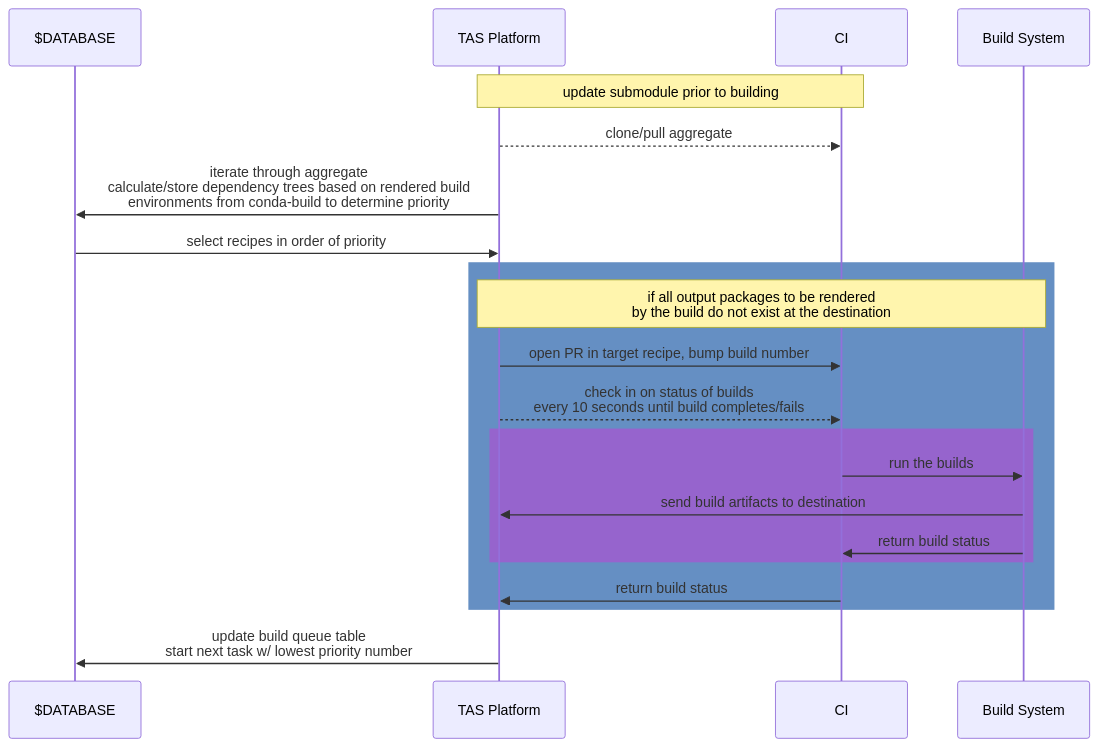
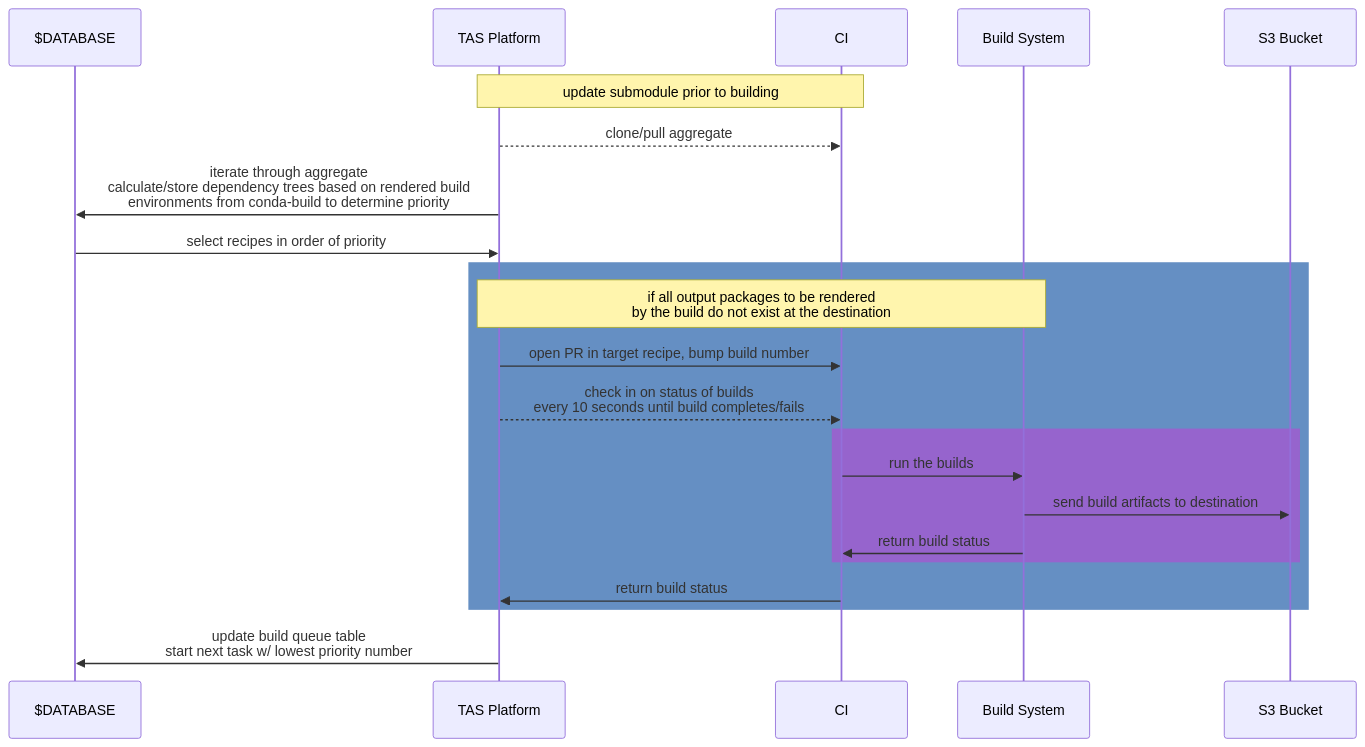
One commit to mxava/tas-platform changed the diagram in docs/architecture.md. Above: the diagram before and after it, drawn with Mermaid.

````diff
--- a/docs/architecture.md
+++ b/docs/architecture.md
@@ -3,23 +3,24 @@
 ```mermaid
 sequenceDiagram
     participant $DATABASE
     participant TAS Platform
     participant CI
     participant Build System
+    participant S3 Bucket
     Note over TAS Platform,CI: update submodule prior to building
     TAS Platform-->>CI: clone/pull aggregate
     TAS Platform->>$DATABASE: iterate through aggregate<br/>calculate/store dependency trees based on rendered build<br/>environments from conda-build to determine priority
     $DATABASE->>TAS Platform: select recipes in order of priority
     rect rgb(101, 143, 195)
     Note over TAS Platform,Build System: if all output packages to be rendered<br/>by the build do not exist at the destination
     TAS Platform->>CI: open PR in target recipe, bump build number
     TAS Platform-->>CI: check in on status of builds<br/>every 10 seconds until build completes/fails
     rect rgb(150, 100, 205)
     CI->>Build System: run the builds
-    Build System->>TAS Platform: send build artifacts to destination
+    Build System->>S3 Bucket: send build artifacts to destination
     Build System->>CI: return build status
     end
     CI->>TAS Platform: return build status
     end
     TAS Platform->>$DATABASE: update build queue table<br/>start next task w/ lowest priority number    
 ```
````
